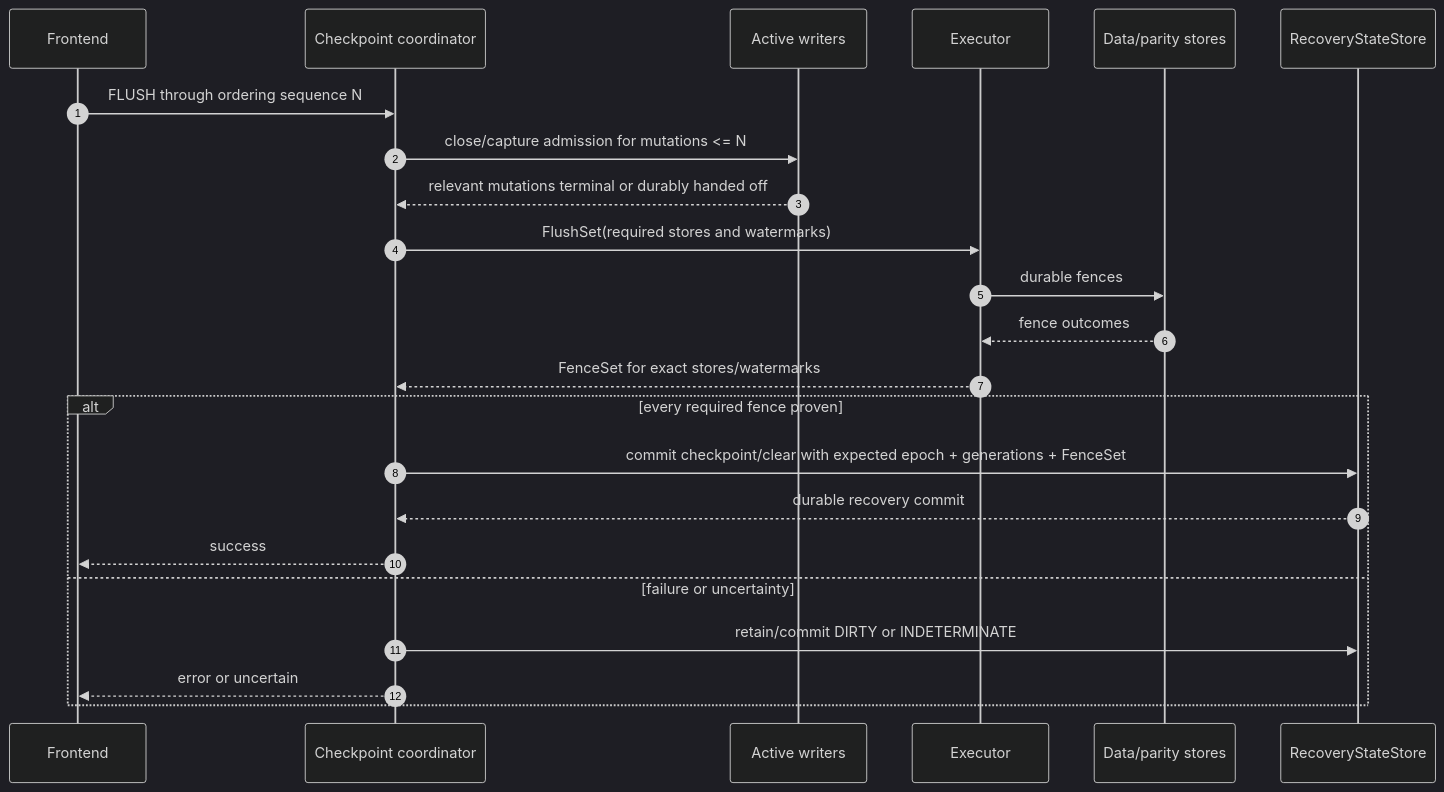
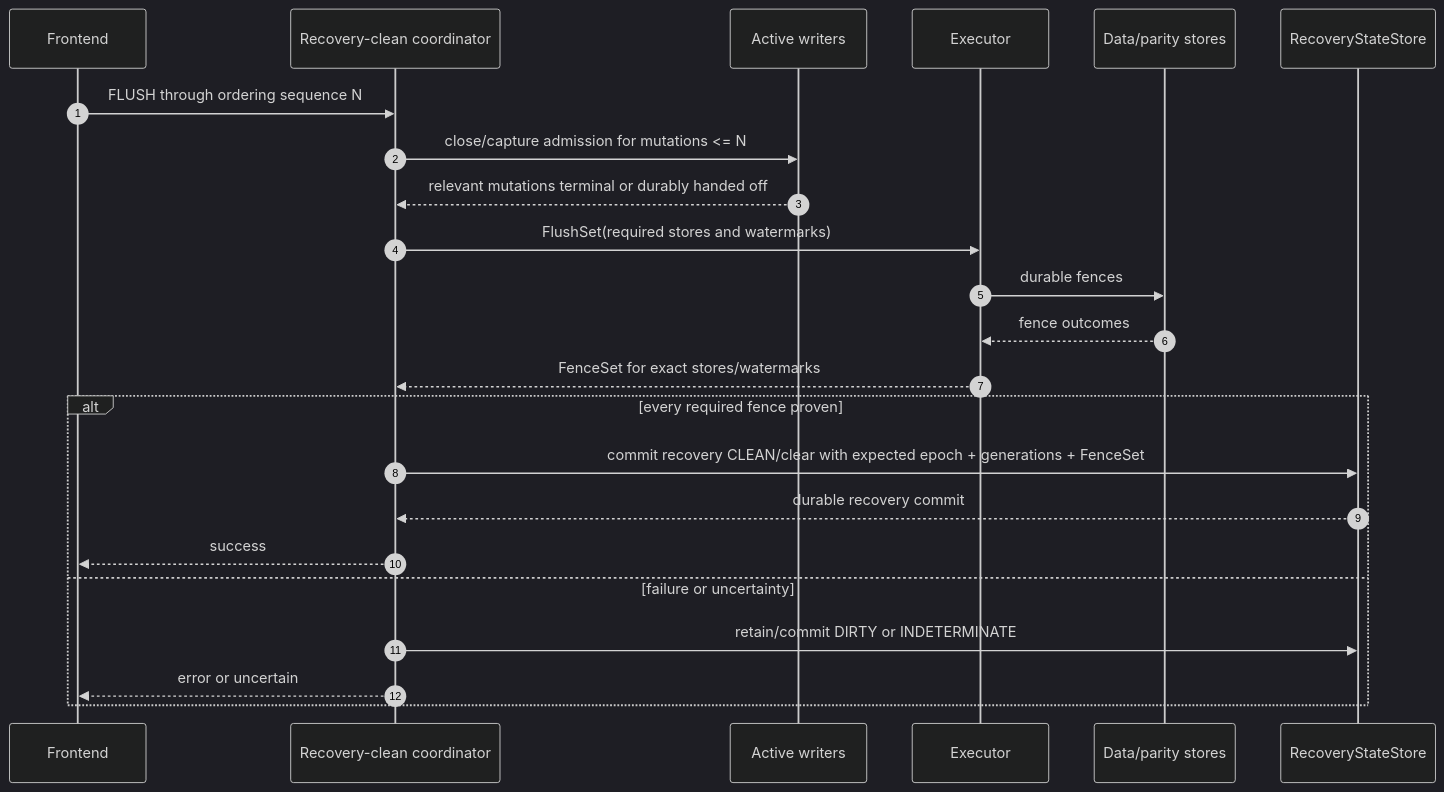
Before and after one commit to dvicory/DiskWeave: diagram 11 of 23 in docs/architecture/diskweave-architecture-roadmap-v0.8.md, drawn with Mermaid (dark theme). The commit also changed other lines of this file and 89 other files, not shown here.

````diff
--- a/docs/architecture/diskweave-architecture-roadmap-v0.8.md
+++ b/docs/architecture/diskweave-architecture-roadmap-v0.8.md
@@ -1583,26 +1582,26 @@
 ```mermaid
 sequenceDiagram
     autonumber
     participant F as Frontend
-    participant C as Checkpoint coordinator
+    participant C as Recovery-clean coordinator
     participant W as Active writers
     participant E as Executor
     participant S as Data/parity stores
     participant R as RecoveryStateStore
 
     F->>C: FLUSH through ordering sequence N
     C->>W: close/capture admission for mutations <= N
     W-->>C: relevant mutations terminal or durably handed off
     C->>E: FlushSet(required stores and watermarks)
     E->>S: durable fences
     S-->>E: fence outcomes
     E-->>C: FenceSet for exact stores/watermarks
     alt every required fence proven
-        C->>R: commit checkpoint/clear with expected epoch + generations + FenceSet
+        C->>R: commit recovery CLEAN/clear with expected epoch + generations + FenceSet
         R-->>C: durable recovery commit
         C-->>F: success
     else failure or uncertainty
         C->>R: retain/commit DIRTY or INDETERMINATE
         C-->>F: error or uncertain
     end
 ```
````
